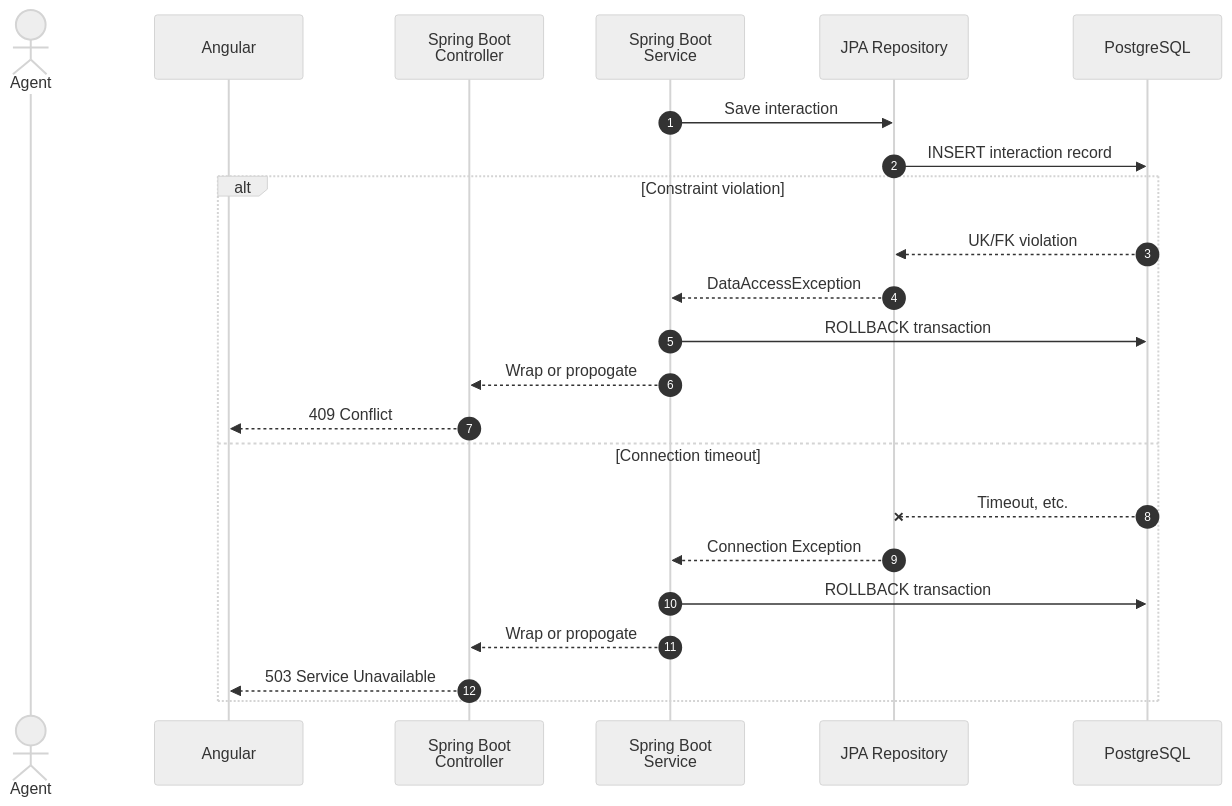
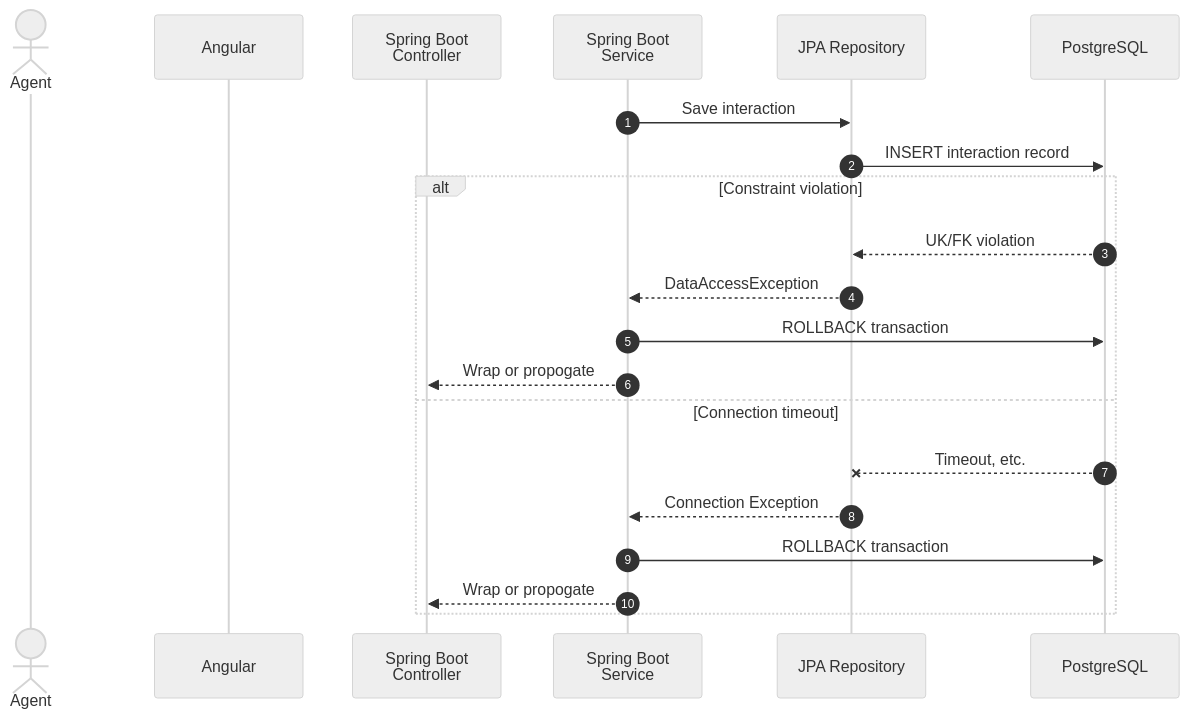
The fifth of 6 diagrams in docs/architecture/application-diagrams.md (ezeKemm/2026-bootcamp-capstone), drawn with Mermaid (neutral theme) before and after one commit. The commit also changed other lines of this file and 12 other files, not shown here.

````diff
--- a/docs/architecture/application-diagrams.md
+++ b/docs/architecture/application-diagrams.md
@@ -98,26 +98,24 @@
 ```mermaid
 sequenceDiagram
     actor User as Agent
     participant Client as Angular
     participant Controller as Spring Boot<br/>Controller
     participant Service as Spring Boot<br/>Service
     participant Repo as JPA Repository
     participant DB as PostgreSQL
     autonumber
 
     Service->>Repo: Save interaction
     Repo->>DB: INSERT interaction record
     alt Constraint violation
       DB-->>Repo: UK/FK violation
       Repo-->>Service: DataAccessException
       Service->>DB: ROLLBACK transaction
       Service-->>Controller: Wrap or propogate
-      Controller-->>Client: 409 Conflict
     else Connection timeout
       DB--xRepo: Timeout, etc.
       Repo-->>Service: Connection Exception
       Service->>DB: ROLLBACK transaction
       Service-->>Controller: Wrap or propogate
-      Controller-->>Client: 503 Service Unavailable
     end
 ```
````
